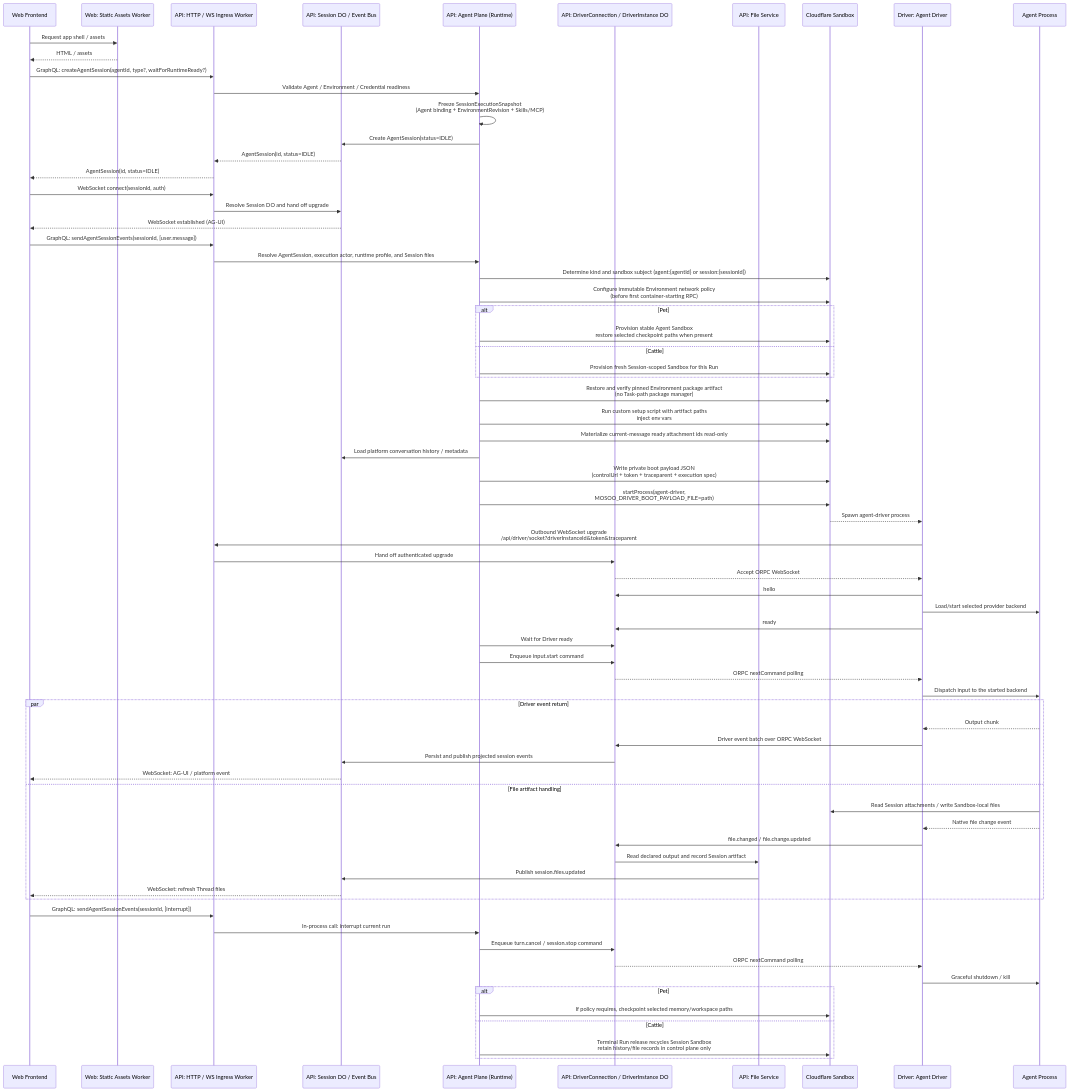
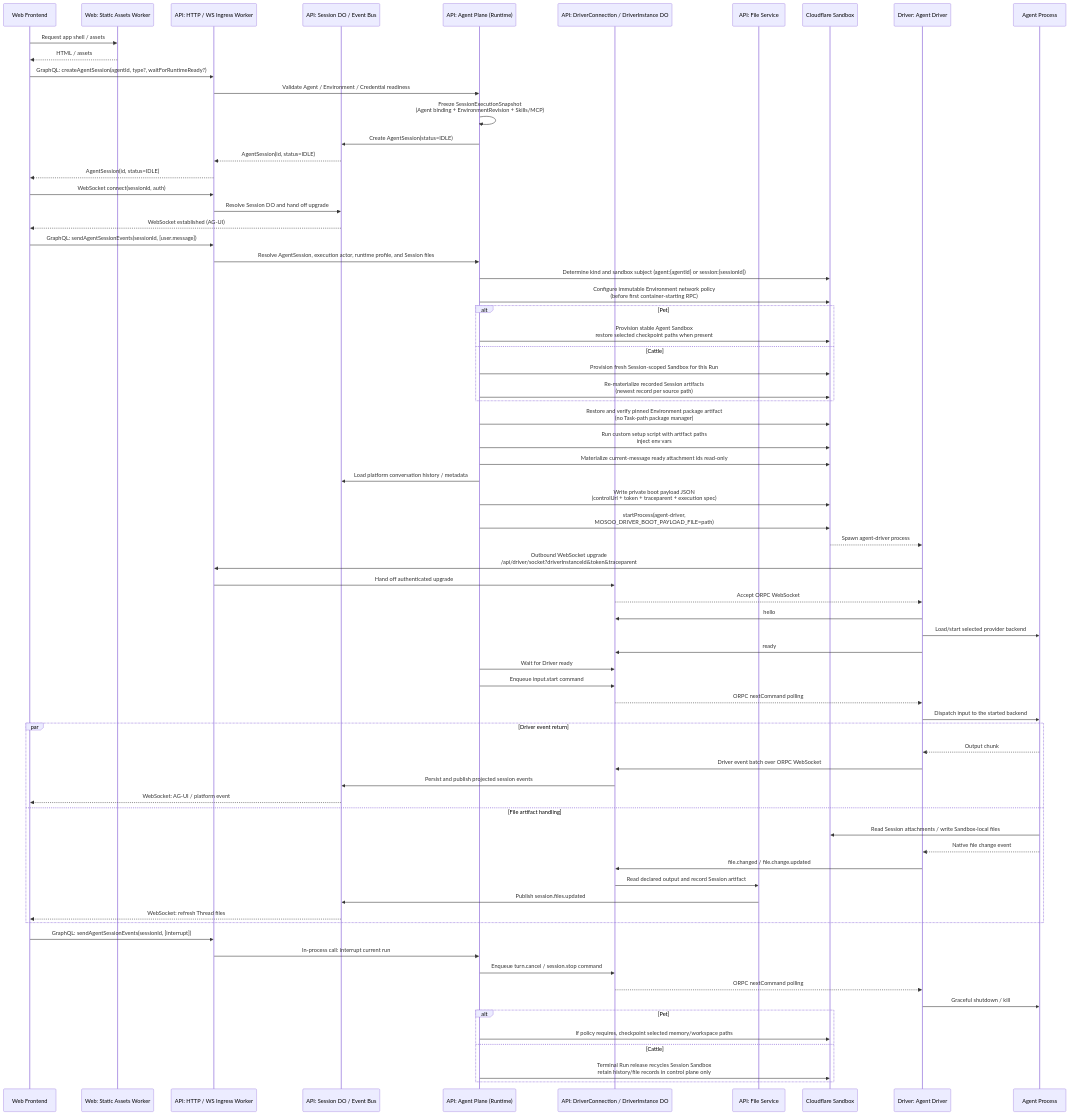
One commit to langgenius/mosoo changed the second of 2 diagrams in docs/architecture.md. Above: the diagram before and after it, drawn with Mermaid. The commit also changed other lines of this file and 19 other files, not shown here.

```diff
--- a/docs/architecture.md
+++ b/docs/architecture.md
@@ -303,6 +303,7 @@
         AS->>Sandbox: Provision stable Agent Sandbox<br/>restore selected checkpoint paths when present
     else Cattle
         AS->>Sandbox: Provision fresh Session-scoped Sandbox for this Run
+        AS->>Sandbox: Re-materialize recorded Session artifacts<br/>(newest record per source path)
     end
     AS->>Sandbox: Restore and verify pinned Environment package artifact<br/>(no Task-path package manager)
     AS->>Sandbox: Run custom setup script with artifact paths<br/>inject env vars
```
